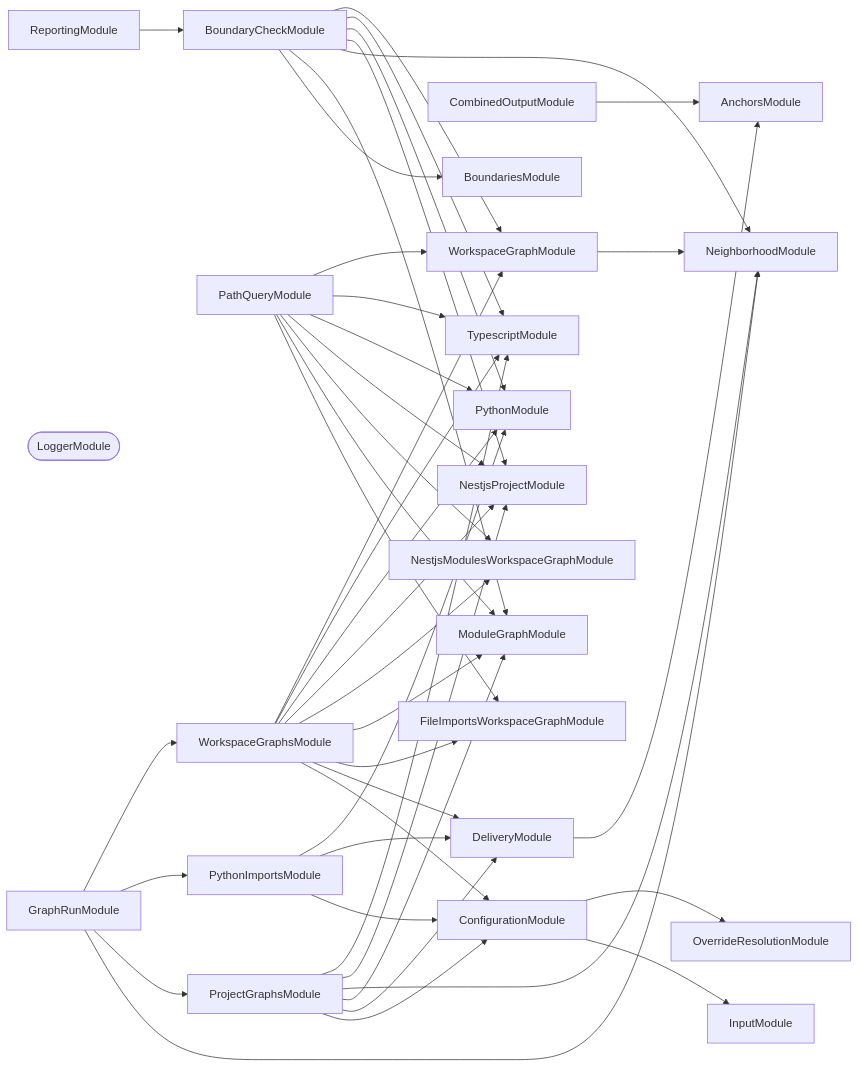
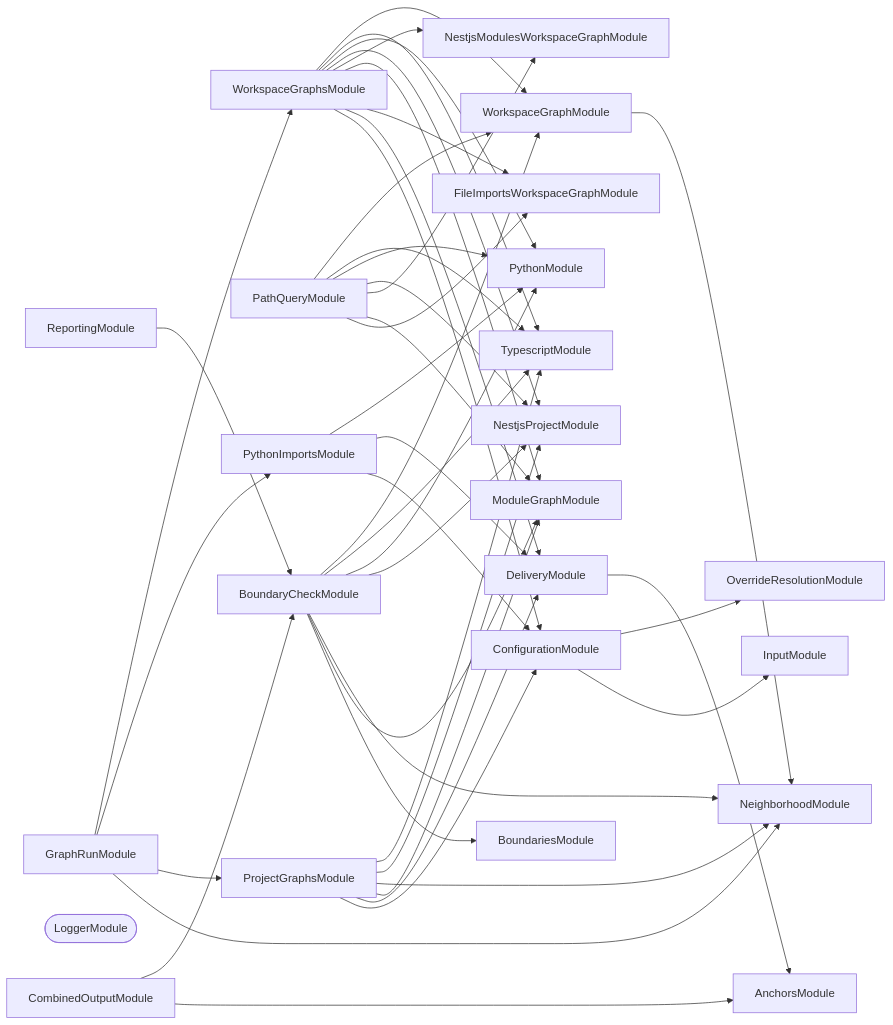
The second of 3 diagrams in packages/ic-suite/codependix/codependix-output/README.md (Organizzolini/codebase), drawn with Mermaid before and after one commit. The commit also changed other lines of this file and 21 other files, not shown here.

Commit message:
feat(codependix): ✨ print boundary findings in the markdown and json output

````diff
--- a/packages/ic-suite/codependix/codependix-output/README.md
+++ b/packages/ic-suite/codependix/codependix-output/README.md
@@ -53,68 +53,69 @@
 ```mermaid
 flowchart LR
   AnchorsModule
   BoundariesModule
   BoundaryCheckModule
   CombinedOutputModule
   ConfigurationModule
   DeliveryModule
   FileImportsWorkspaceGraphModule
   GraphRunModule
   InputModule
   LoggerModule([LoggerModule])
   ModuleGraphModule
   NeighborhoodModule
   NestjsModulesWorkspaceGraphModule
   NestjsProjectModule
   OverrideResolutionModule
   PathQueryModule
   ProjectGraphsModule
   PythonImportsModule
   PythonModule
   ReportingModule
   TypescriptModule
   WorkspaceGraphModule
   WorkspaceGraphsModule
   BoundaryCheckModule --> BoundariesModule
   BoundaryCheckModule --> ModuleGraphModule
   BoundaryCheckModule --> NeighborhoodModule
   BoundaryCheckModule --> NestjsProjectModule
   BoundaryCheckModule --> PythonModule
   BoundaryCheckModule --> TypescriptModule
   BoundaryCheckModule --> WorkspaceGraphModule
   CombinedOutputModule --> AnchorsModule
+  CombinedOutputModule --> BoundaryCheckModule
   ConfigurationModule --> InputModule
   ConfigurationModule --> OverrideResolutionModule
   DeliveryModule --> AnchorsModule
   GraphRunModule --> NeighborhoodModule
   GraphRunModule --> ProjectGraphsModule
   GraphRunModule --> PythonImportsModule
   GraphRunModule --> WorkspaceGraphsModule
   PathQueryModule --> FileImportsWorkspaceGraphModule
   PathQueryModule --> ModuleGraphModule
   PathQueryModule --> NestjsModulesWorkspaceGraphModule
   PathQueryModule --> NestjsProjectModule
   PathQueryModule --> PythonModule
   PathQueryModule --> TypescriptModule
   PathQueryModule --> WorkspaceGraphModule
   ProjectGraphsModule --> ConfigurationModule
   ProjectGraphsModule --> DeliveryModule
   ProjectGraphsModule --> ModuleGraphModule
   ProjectGraphsModule --> NeighborhoodModule
   ProjectGraphsModule --> NestjsProjectModule
   ProjectGraphsModule --> TypescriptModule
   PythonImportsModule --> ConfigurationModule
   PythonImportsModule --> DeliveryModule
   PythonImportsModule --> PythonModule
   ReportingModule --> BoundaryCheckModule
   WorkspaceGraphModule --> NeighborhoodModule
   WorkspaceGraphsModule --> ConfigurationModule
   WorkspaceGraphsModule --> DeliveryModule
   WorkspaceGraphsModule --> FileImportsWorkspaceGraphModule
   WorkspaceGraphsModule --> ModuleGraphModule
   WorkspaceGraphsModule --> NestjsModulesWorkspaceGraphModule
   WorkspaceGraphsModule --> NestjsProjectModule
   WorkspaceGraphsModule --> PythonModule
   WorkspaceGraphsModule --> TypescriptModule
   WorkspaceGraphsModule --> WorkspaceGraphModule
 ```
````
